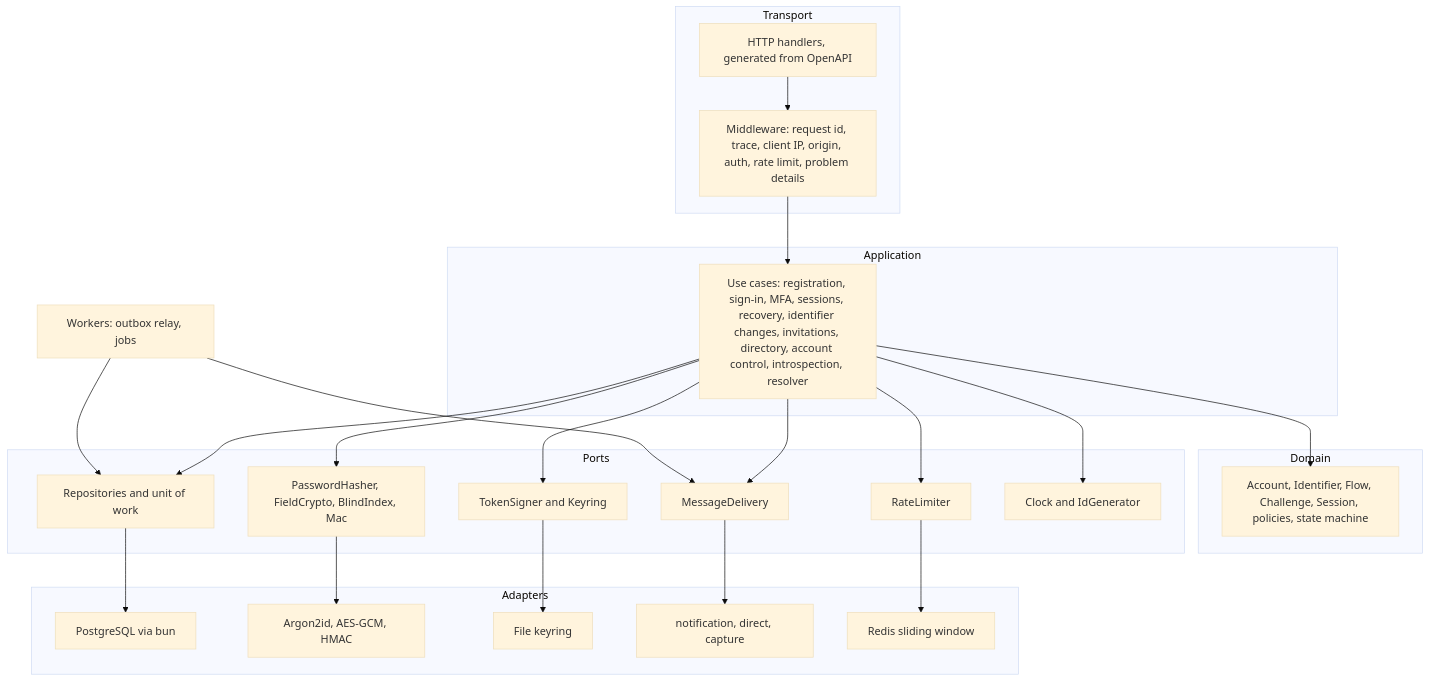
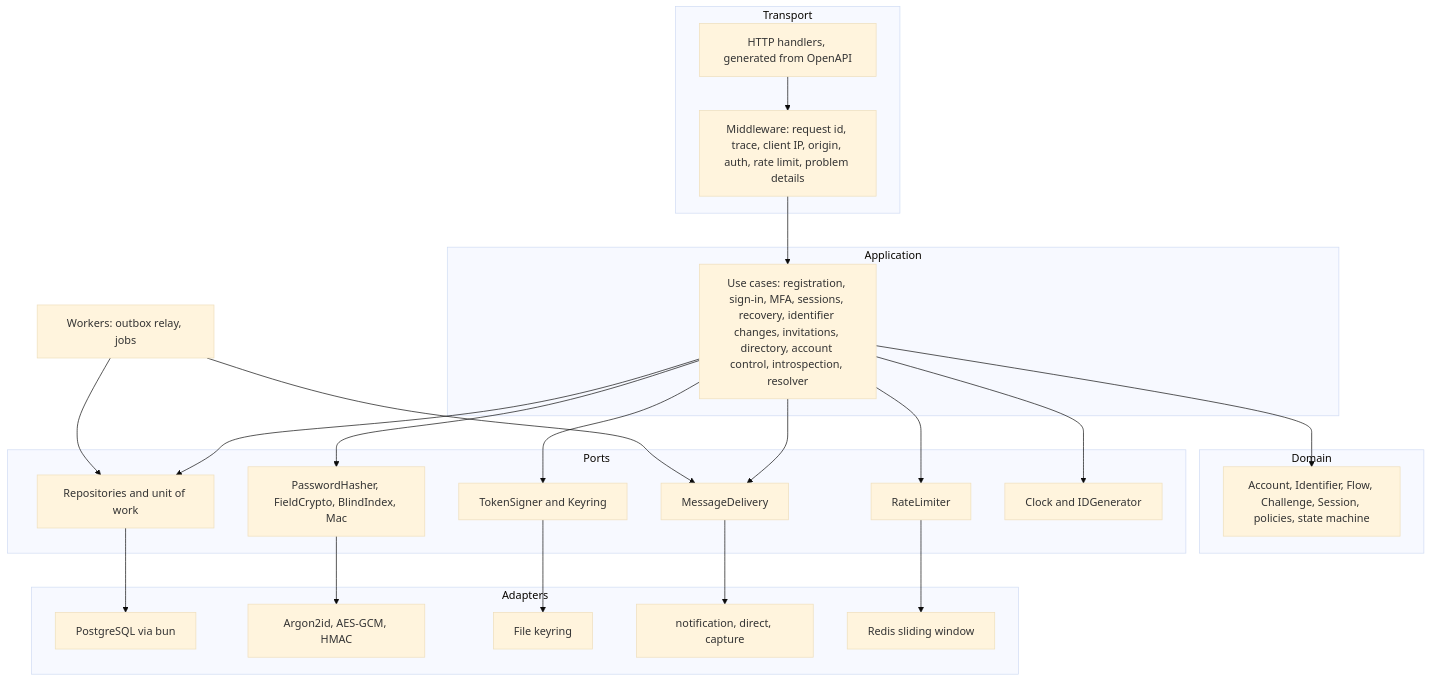
The second of 8 diagrams in docs/design.md (arafat-hasan/auth1), drawn with Mermaid (base theme) before and after one commit. The commit also changed 16 other files, not shown here.

````diff
--- a/docs/design.md
+++ b/docs/design.md
@@ -223,37 +223,37 @@
 ```mermaid
 flowchart TB
   subgraph Transport
     H[HTTP handlers, generated from OpenAPI]
     M[Middleware: request id, trace, client IP, origin, auth, rate limit, problem details]
   end
   subgraph Application
     U[Use cases: registration, sign-in, MFA, sessions, recovery, identifier changes, invitations, directory, account control, introspection, resolver]
   end
   subgraph Domain
     D[Account, Identifier, Flow, Challenge, Session, policies, state machine]
   end
   subgraph Ports
     P1[Repositories and unit of work]
     P2[PasswordHasher, FieldCrypto, BlindIndex, Mac]
     P3[TokenSigner and Keyring]
     P4[MessageDelivery]
     P5[RateLimiter]
-    P6[Clock and IdGenerator]
+    P6[Clock and IDGenerator]
   end
   subgraph Adapters
     A1[PostgreSQL via bun]
     A2[Argon2id, AES-GCM, HMAC]
     A3[File keyring]
     A4[notification, direct, capture]
     A5[Redis sliding window]
   end
   W[Workers: outbox relay, jobs]
   H --> M --> U --> D
   U --> P1 & P2 & P3 & P4 & P5 & P6
   P1 --> A1
   P2 --> A2
   P3 --> A3
   P4 --> A4
   P5 --> A5
   W --> P1 & P4
 ```
````
